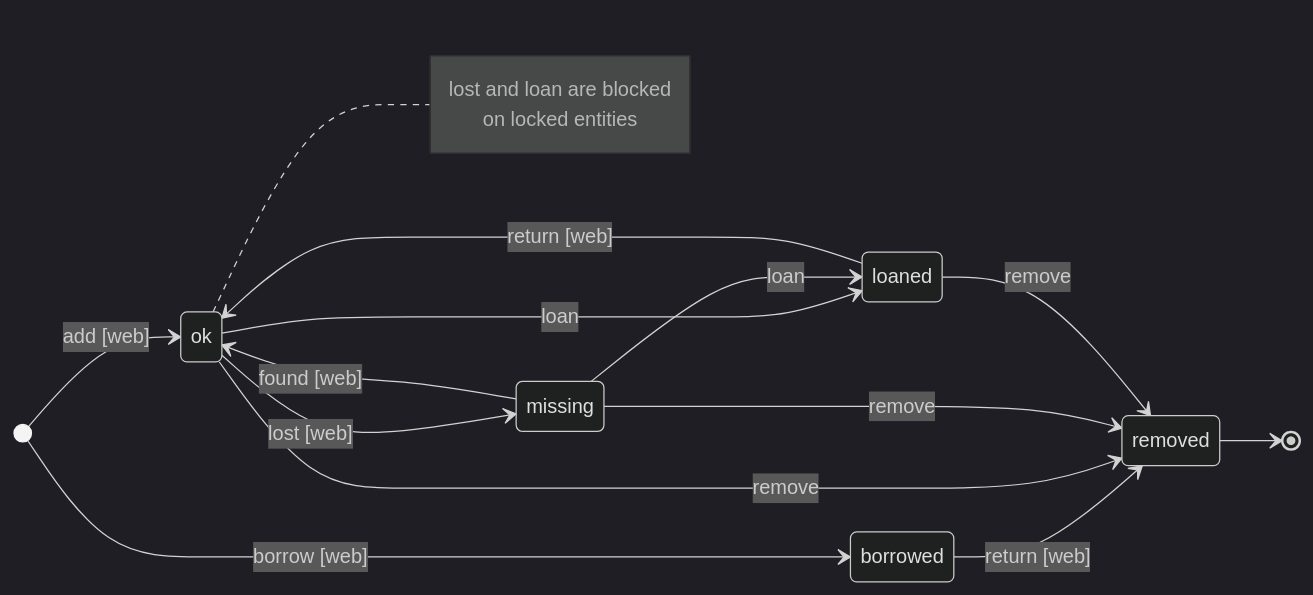
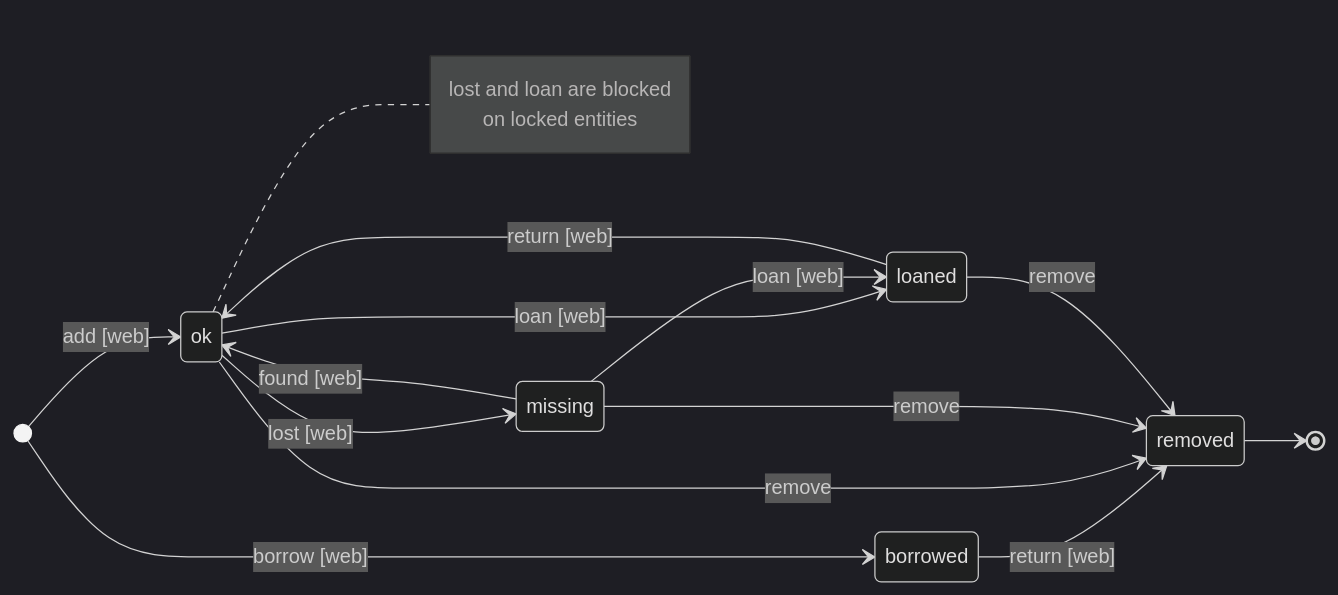
Before and after one commit to asphaltbuffet/wherehouse: the diagram in README.md, drawn with Mermaid (dark theme). The commit also changed other lines of this file and 7 other files, not shown here.

First line of the commit message:
feat(web): loan an entity from the detail panel

````diff
--- a/README.md
+++ b/README.md
@@ -280,21 +280,21 @@
 ```mermaid
 stateDiagram-v2
     direction LR
     [*] --> ok: add [web]
     [*] --> borrowed: borrow [web]
     ok --> missing: lost [web]
     missing --> ok: found [web]
-    ok --> loaned: loan
-    missing --> loaned: loan
+    ok --> loaned: loan [web]
+    missing --> loaned: loan [web]
     loaned --> ok: return [web]
     borrowed --> removed: return [web]
     ok --> removed: remove
     missing --> removed: remove
     loaned --> removed: remove
     removed --> [*]
 
     note right of ok
         lost and loan are blocked
         on locked entities
     end note
 ```
````
